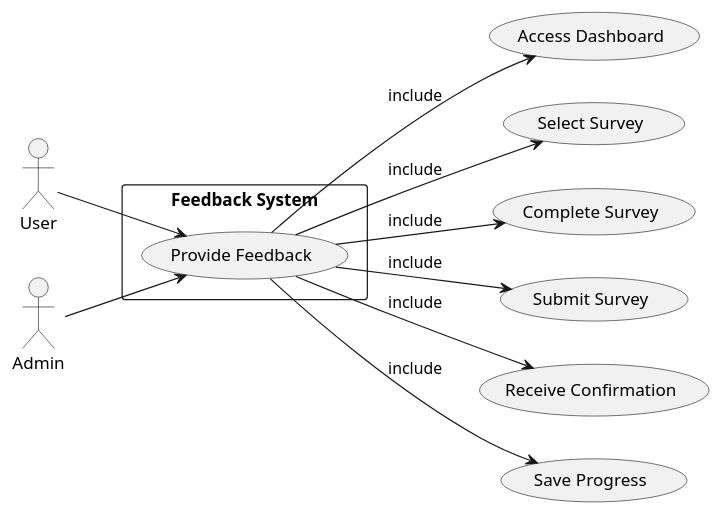
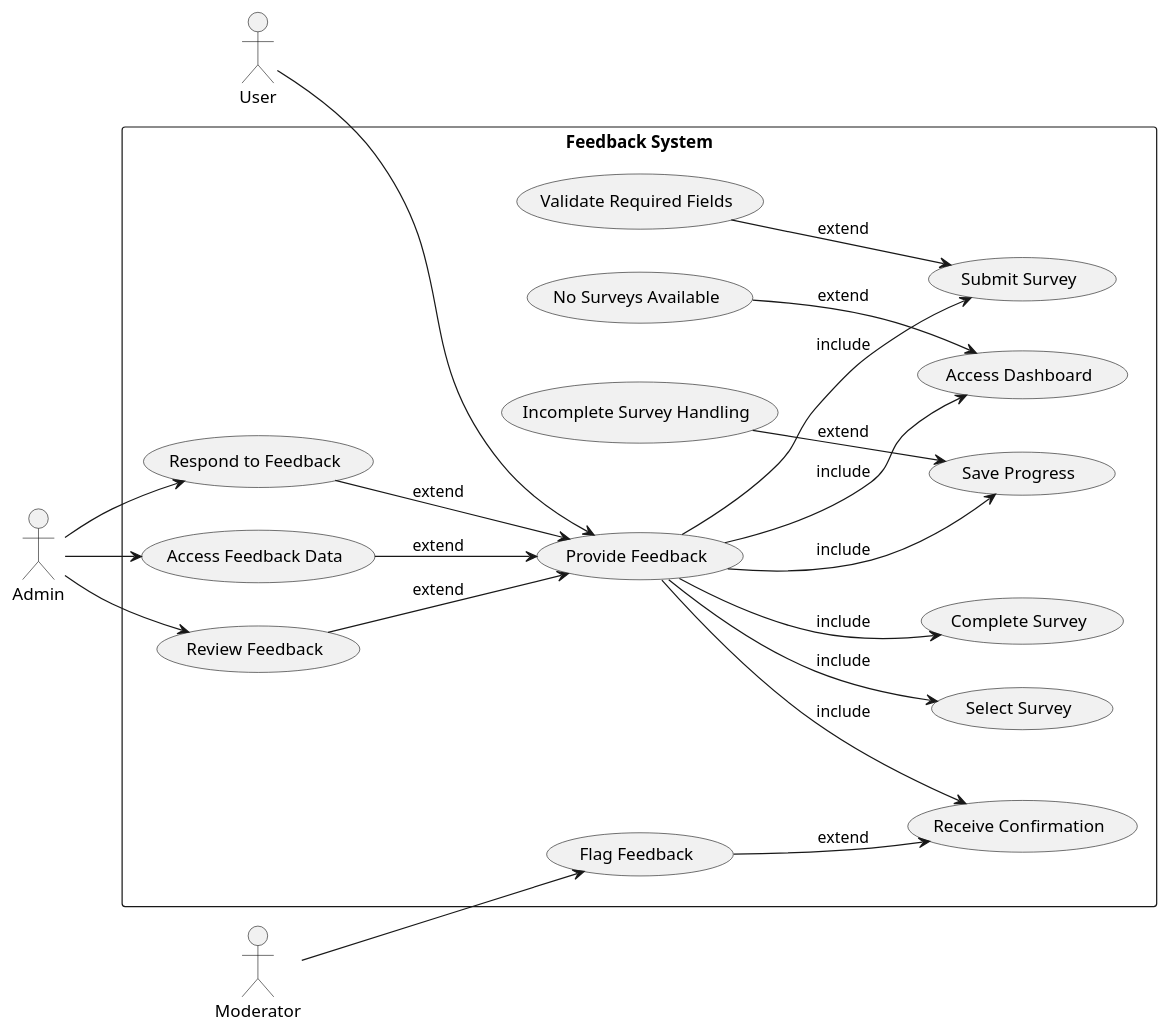
The diagram in doc/usecases/plantUML/provide_feedback_usecase.puml (bahati7/MKB-cohort-2-Demo), drawn with PlantUML before and after one commit.

Commit message:
Add Additional Use Cases for Moderation and Validation #22
Added new use cases like review, flagging, validation,..., to enhance feedback process modeling.

```diff
--- a/doc/usecases/plantUML/provide_feedback_usecase.puml
+++ b/doc/usecases/plantUML/provide_feedback_usecase.puml
@@ -1,30 +1,53 @@
 @startuml provide_feedback_usecase
 
 left to right direction
 
 actor "User" as user
 actor "Admin" as admin
+actor "Moderator" as moderator
 
 rectangle "Feedback System" {
+
   usecase "Provide Feedback" as UC_Main
+
+  ' Existing flow
+  usecase "Access Dashboard" as UC_Dashboard
+  usecase "Select Survey" as UC_Select
+  usecase "Complete Survey" as UC_Complete
+  usecase "Submit Survey" as UC_Submit
+  usecase "Receive Confirmation" as UC_Confirm
+  usecase "Save Progress" as UC_Save
+
+  UC_Main --> UC_Dashboard : include
+  UC_Main --> UC_Select : include
+  UC_Main --> UC_Complete : include
+  UC_Main --> UC_Submit : include
+  UC_Main --> UC_Confirm : include
+  UC_Main --> UC_Save : include
+
+  ' New use cases
+  usecase "Access Feedback Data" as UC_Access
+  usecase "No Surveys Available" as UC_None
+  usecase "Incomplete Survey Handling" as UC_Incomplete
+  usecase "Validate Required Fields" as UC_Validate
+  usecase "Review Feedback" as UC_Review
+  usecase "Flag Feedback" as UC_Flag
+  usecase "Respond to Feedback" as UC_Respond
+
+  ' Extensions
+  UC_None --> UC_Dashboard : extend
+  UC_Incomplete --> UC_Save : extend
+  UC_Validate --> UC_Submit : extend
+  UC_Access --> UC_Main : extend
+  UC_Review --> UC_Main : extend
+  UC_Flag --> UC_Confirm : extend
+  UC_Respond --> UC_Main : extend
 }
 
 user --> UC_Main
-admin --> UC_Main
-
-'Included use cases representing steps in the feedback process
-usecase "Access Dashboard" as UC_Dashboard
-usecase "Select Survey" as UC_Select
-usecase "Complete Survey" as UC_Complete
-usecase "Submit Survey" as UC_Submit
-usecase "Receive Confirmation" as UC_Confirm
-usecase "Save Progress" as UC_Save
-
-UC_Main --> UC_Dashboard : include
-UC_Main --> UC_Select : include
-UC_Main --> UC_Complete : include
-UC_Main --> UC_Submit : include
-UC_Main --> UC_Confirm : include
-UC_Main --> UC_Save : include
+admin --> UC_Access
+admin --> UC_Review
+admin --> UC_Respond
+moderator --> UC_Flag
 
 @enduml
```
